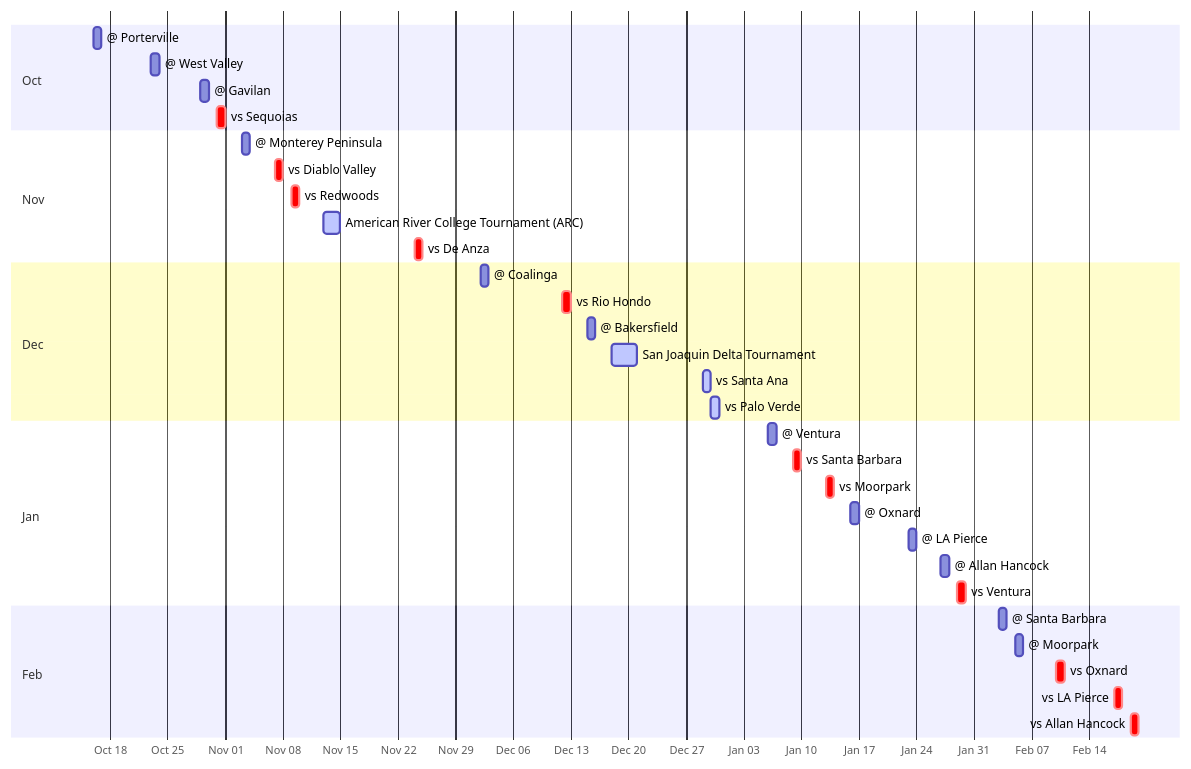
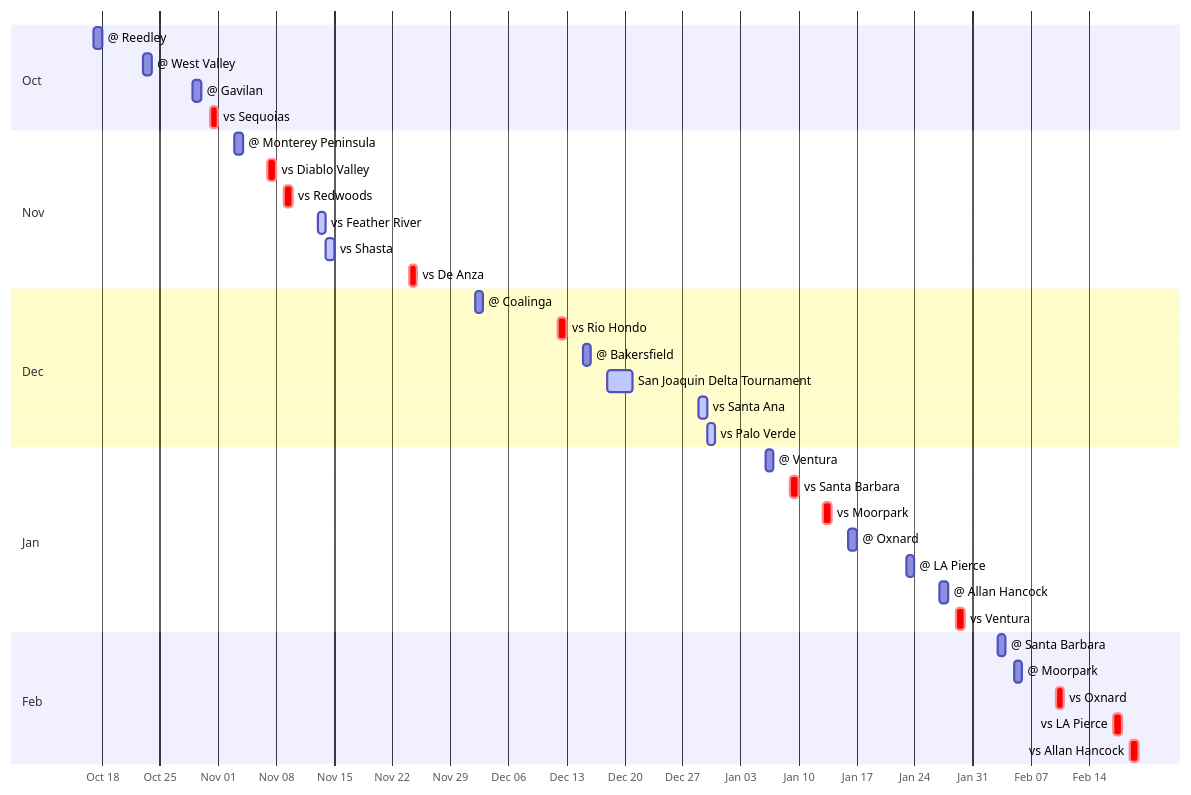
One commit to johnlinwiz/cuesta-mbb changed the diagram in README.md. Above: the diagram before and after it, drawn with Mermaid. The commit also changed other lines of this file and 9 other files, not shown here.

First line of the commit message:
Schedule change: Oct 16 Porterville scrimmage -> Sat Oct 17 @ Reedley

````diff
--- a/README.md
+++ b/README.md
@@ -66,38 +67,39 @@
 ```mermaid
 gantt
     dateFormat YYYY-MM-DD
     axisFormat %b %d
     todayMarker on
     section Oct
-    @ Porterville :g20261016porterville, 2026-10-16, 1d
+    @ Reedley :g20261017reedley, 2026-10-17, 1d
     @ West Valley :g20261023westvalley, 2026-10-23, 1d
     @ Gavilan :g20261029gavilan, 2026-10-29, 1d
     vs Sequoias :crit, g20261031sequoias, 2026-10-31, 1d
     section Nov
     @ Monterey Peninsula :g20261103montereypeninsula, 2026-11-03, 1d
     vs Diablo Valley :crit, g20261107diablovalley, 2026-11-07, 1d
     vs Redwoods :crit, g20261109redwoods, 2026-11-09, 1d
-    American River College Tournament (ARC) :active, g20261113americanrivercollegetournamentarc, 2026-11-13, 2d
+    vs Feather River :active, g20261113featherriver, 2026-11-13, 1d
+    vs Shasta :active, g20261114shasta, 2026-11-14, 1d
     vs De Anza :crit, g20261124deanza, 2026-11-24, 1d
     section Dec
     @ Coalinga :g20261202coalinga, 2026-12-02, 1d
     vs Rio Hondo :crit, g20261212riohondo, 2026-12-12, 1d
     @ Bakersfield :g20261215bakersfield, 2026-12-15, 1d
     San Joaquin Delta Tournament :active, g20261218sanjoaquindeltatournament, 2026-12-18, 3d
     vs Santa Ana :active, g20261229santaana, 2026-12-29, 1d
     vs Palo Verde :active, g20261230paloverde, 2026-12-30, 1d
     section Jan
     @ Ventura :g20270106ventura, 2027-01-06, 1d
     vs Santa Barbara :crit, g20270109santabarbara, 2027-01-09, 1d
     vs Moorpark :crit, g20270113moorpark, 2027-01-13, 1d
     @ Oxnard :g20270116oxnard, 2027-01-16, 1d
     @ LA Pierce :g20270123lapierce, 2027-01-23, 1d
     @ Allan Hancock :g20270127allanhancock, 2027-01-27, 1d
     vs Ventura :crit, g20270129ventura, 2027-01-29, 1d
     section Feb
     @ Santa Barbara :g20270203santabarbara, 2027-02-03, 1d
     @ Moorpark :g20270205moorpark, 2027-02-05, 1d
     vs Oxnard :crit, g20270210oxnard, 2027-02-10, 1d
     vs LA Pierce :crit, g20270217lapierce, 2027-02-17, 1d
     vs Allan Hancock :crit, g20270219allanhancock, 2027-02-19, 1d
 ```
````
